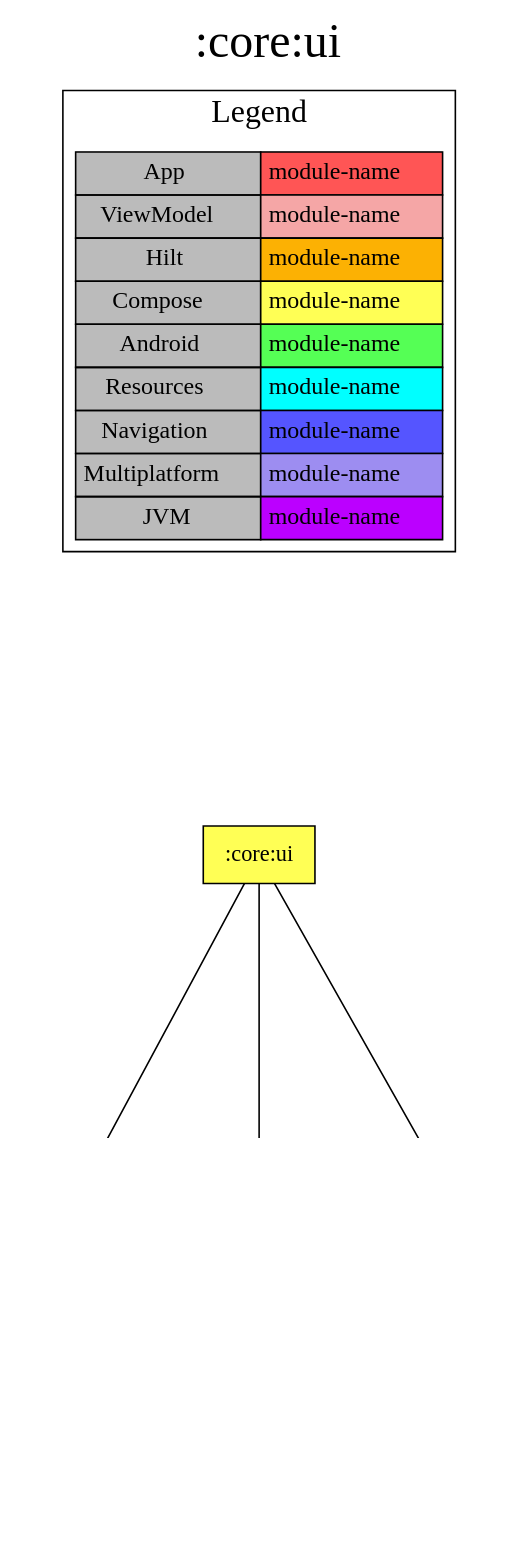
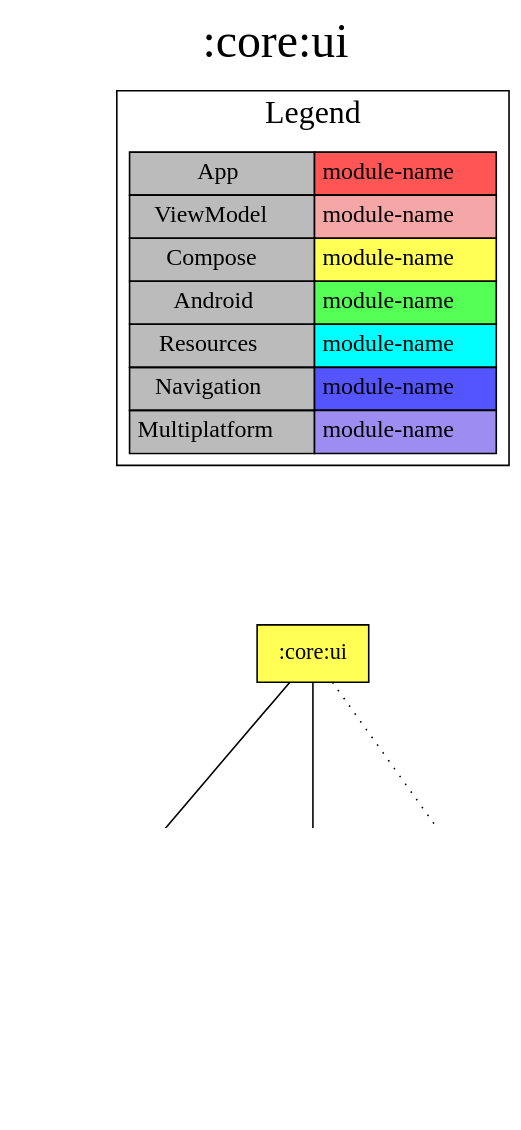
The diagram in modules/core/ui/project-dependency-graph.dot (jonapoul/aktual), drawn with Graphviz before and after one commit. The commit also changed 142 other files, not shown here.

```diff
--- a/modules/core/ui/project-dependency-graph.dot
+++ b/modules/core/ui/project-dependency-graph.dot
@@ -1,35 +1,33 @@
 digraph {
 edge ["dir"="forward"]
-graph ["dpi"="100","label"=":core:ui","labelloc"="t","fontsize"="30","ranksep"="2.5","rankdir"="TB"]
+graph ["dpi"="100","label"=":core:ui","labelloc"="t","fontsize"="30","ranksep"="1.5","rankdir"="TB"]
 node ["style"="filled"]
 ":core:ui" ["fillcolor"="#FFFF55","shape"="box"]
-":core:res" ["fillcolor"="#00FFFF","shape"="box"]
 ":core:versions" ["fillcolor"="#9D8DF1","shape"="box"]
 ":core:buildconfig" ["fillcolor"="#9D8DF1","shape"="box"]
 ":url:model" ["fillcolor"="#9D8DF1","shape"="box"]
+":core:res" ["fillcolor"="#00FFFF","shape"="box"]
 {
 edge ["dir"="none"]
 graph ["rank"="same"]
 }
-":core:ui" -> ":core:res"
 ":core:ui" -> ":core:versions"
 ":core:ui" -> ":url:model"
+":core:ui" -> ":core:res" ["style"="dotted"]
 ":core:versions" -> ":core:buildconfig"
 subgraph "cluster_legend" {
 edge ["dir"="none"]
 graph ["label"="Legend","fontsize"="20"]
 "Legend" ["style"="filled","fillcolor"="#bbbbbb","shape"="none","margin"="0","fontsize"="15","label"=<
 <TABLE BORDER="0" CELLBORDER="1" CELLSPACING="0" CELLPADDING="4">
 <TR><TD>App</TD><TD BGCOLOR="#FF5555">module-name</TD></TR>
 <TR><TD>ViewModel</TD><TD BGCOLOR="#F5A6A6">module-name</TD></TR>
-<TR><TD>Hilt</TD><TD BGCOLOR="#FCB103">module-name</TD></TR>
 <TR><TD>Compose</TD><TD BGCOLOR="#FFFF55">module-name</TD></TR>
 <TR><TD>Android</TD><TD BGCOLOR="#55FF55">module-name</TD></TR>
 <TR><TD>Resources</TD><TD BGCOLOR="#00FFFF">module-name</TD></TR>
 <TR><TD>Navigation</TD><TD BGCOLOR="#5555FF">module-name</TD></TR>
 <TR><TD>Multiplatform</TD><TD BGCOLOR="#9D8DF1">module-name</TD></TR>
-<TR><TD>JVM</TD><TD BGCOLOR="#BB00FF">module-name</TD></TR>
 </TABLE>
 >]
 } -> ":core:ui" ["style"="invis"]
 }
```
